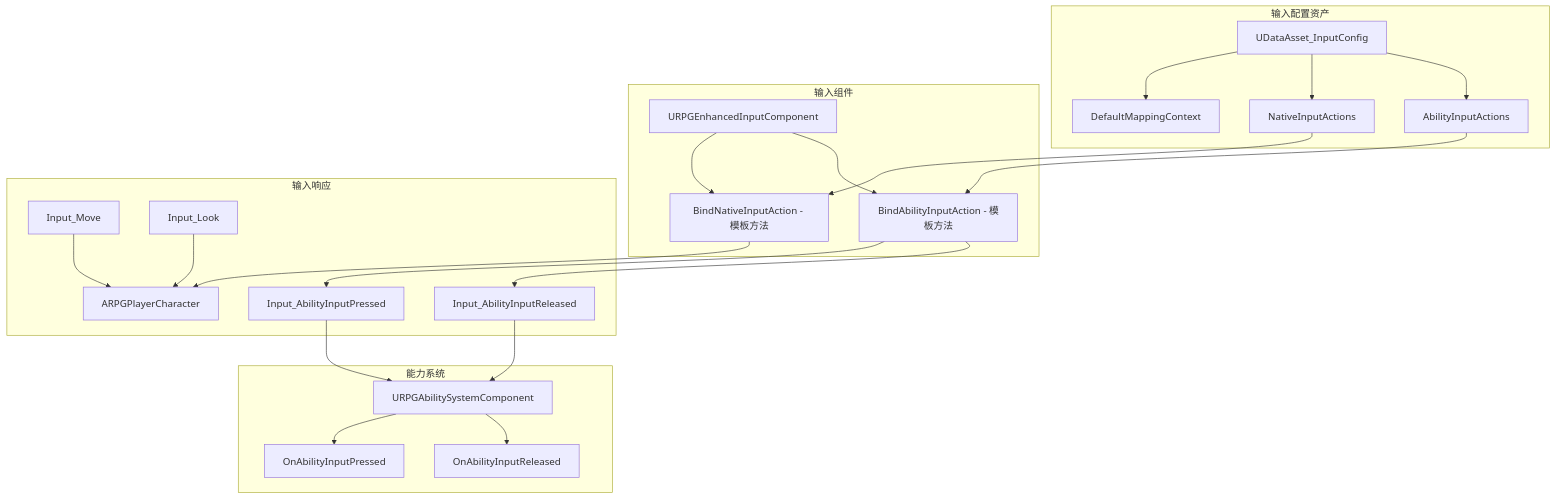
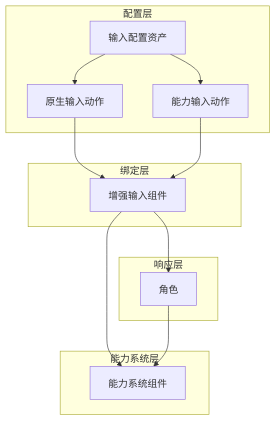
Before and after one commit to ARK31415/RPG: the fourth of 18 diagrams in Source/Docs/SummaryDesign.md, drawn with Mermaid. The commit also changed other lines of this file and 12 other files, not shown here.

````diff
--- a/Source/Docs/SummaryDesign.md
+++ b/Source/Docs/SummaryDesign.md
@@ -183,46 +210,28 @@
 ```mermaid
 graph TB
-    subgraph 输入配置资产
-        IC[UDataAsset_InputConfig]
-        IMC[DefaultMappingContext]
-        NIA[NativeInputActions]
-        AIA[AbilityInputActions]
+    subgraph 配置层
+        IC[输入配置资产]
+        NIA[原生输入动作]
+        AIA[能力输入动作]
     end
     
-    subgraph 输入组件
-        EIC[URPGEnhancedInputComponent]
-        BNA[BindNativeInputAction - 模板方法]
-        BAI[BindAbilityInputAction - 模板方法]
+    subgraph 绑定层
+        EIC[增强输入组件]
     end
     
-    subgraph 输入响应
-        Char[ARPGPlayerCharacter]
-        Move[Input_Move]
-        Look[Input_Look]
-        AbilityPress[Input_AbilityInputPressed]
-        AbilityRelease[Input_AbilityInputReleased]
+    subgraph 响应层
+        Char[角色]
     end
     
-    subgraph 能力系统
-        ASC[URPGAbilitySystemComponent]
-        OnPress[OnAbilityInputPressed]
-        OnRelease[OnAbilityInputReleased]
+    subgraph 能力系统层
+        ASC[能力系统组件]
     end
     
-    IC --> IMC
     IC --> NIA
     IC --> AIA
-    NIA --> BNA
-    AIA --> BAI
-    EIC --> BNA
-    EIC --> BAI
-    BNA --> Char
-    Move --> Char
-    Look --> Char
-    BAI --> AbilityPress
-    BAI --> AbilityRelease
-    AbilityPress --> ASC
-    AbilityRelease --> ASC
-    ASC --> OnPress
-    ASC --> OnRelease
+    NIA --> EIC
+    AIA --> EIC
+    EIC --> Char
+    EIC --> ASC
+    Char --> ASC
 ```
````
